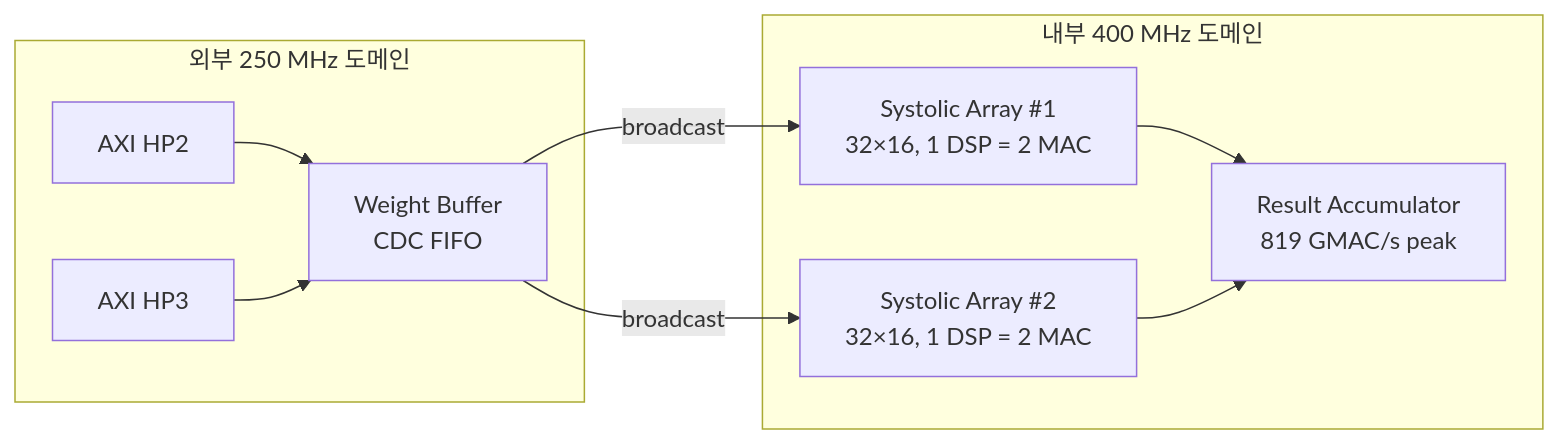
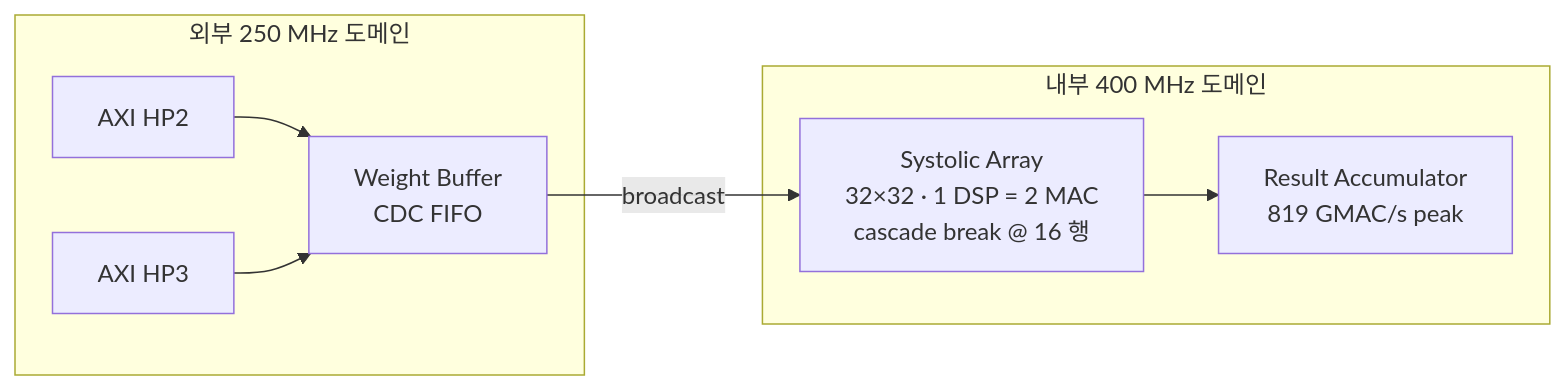
Before and after one commit to hwkim-dev/uCA: the diagram in ko/docs/v002/Architecture/rationale.rst, drawn with Mermaid. The commit also changed other lines of this file and 10 other files, not shown here.

```diff
--- a/ko/docs/v002/Architecture/rationale.rst
+++ b/ko/docs/v002/Architecture/rationale.rst
@@ -103,13 +103,11 @@
 .. mermaid::
 
    flowchart LR
      subgraph ext[외부 250 MHz 도메인]
        HP2[AXI HP2] --> BUF[Weight Buffer<br/>CDC FIFO]
        HP3[AXI HP3] --> BUF
      end
      subgraph core[내부 400 MHz 도메인]
-       BUF -->|broadcast| SA1[Systolic Array #1<br/>32×16, 1 DSP = 2 MAC]
-       BUF -->|broadcast| SA2[Systolic Array #2<br/>32×16, 1 DSP = 2 MAC]
-       SA1 --> ACC[Result Accumulator<br/>819 GMAC/s peak]
-       SA2 --> ACC
+       BUF -->|broadcast| SA[Systolic Array<br/>32×32 · 1 DSP = 2 MAC<br/>cascade break @ 16 행]
+       SA --> ACC[Result Accumulator<br/>819 GMAC/s peak]
      end
```
